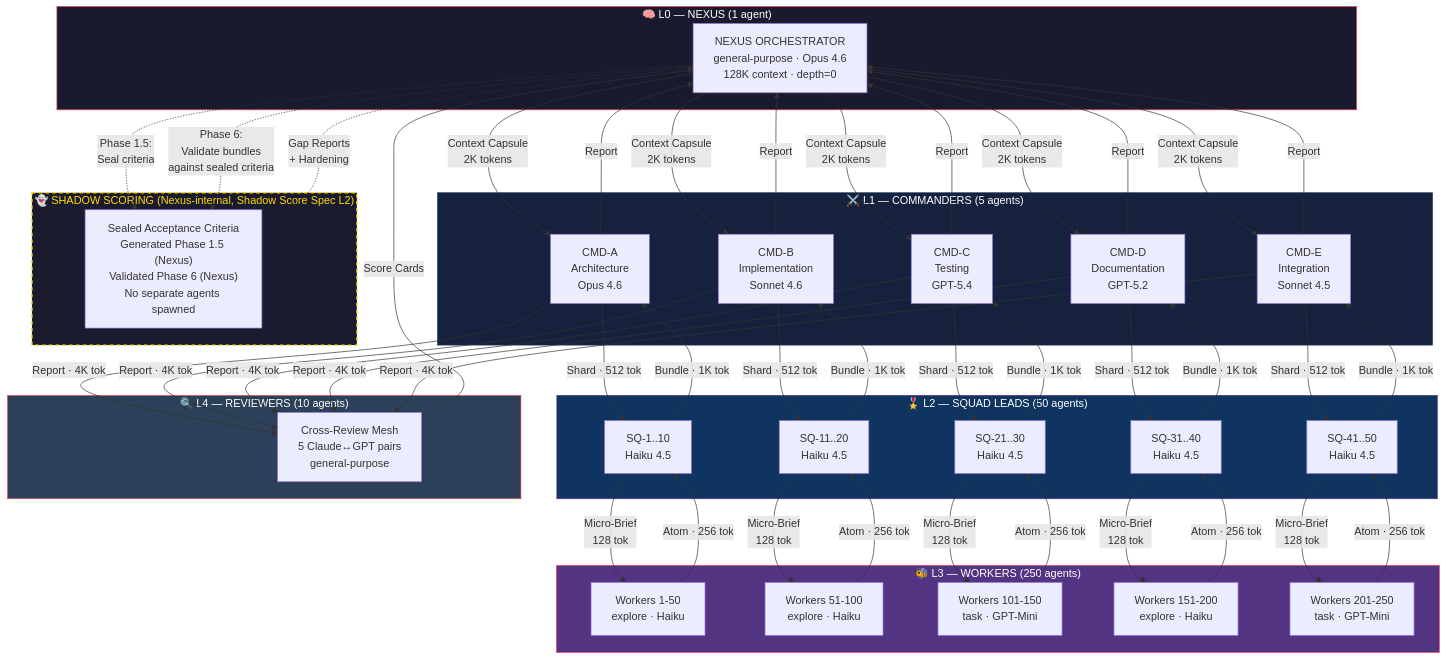
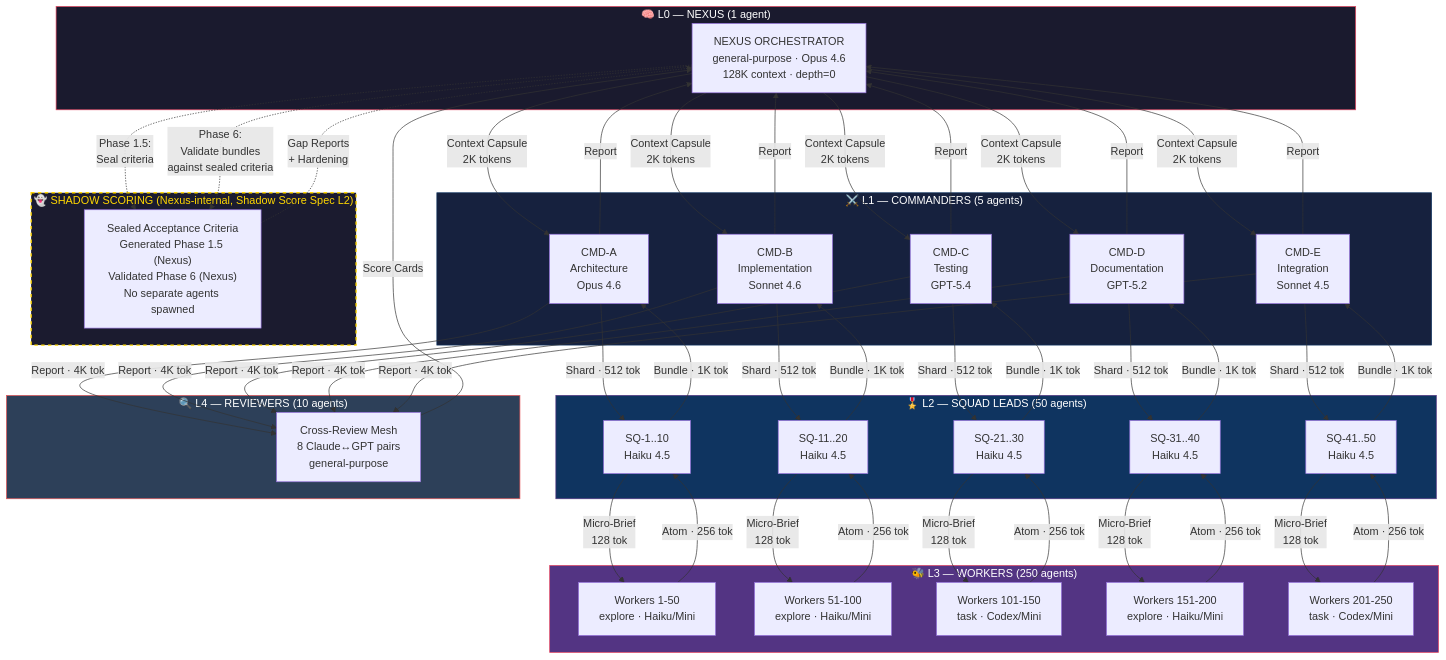
Before and after one commit to DUBSOpenHub/swarm-command: the first of 7 diagrams in docs/architecture-diagrams.md, drawn with Mermaid. The commit also changed 7 other files, not shown here.

```diff
--- a/docs/architecture-diagrams.md
+++ b/docs/architecture-diagrams.md
@@ -25,15 +25,15 @@
     end
 
     subgraph L3["🐝 L3 — WORKERS (250 agents)"]
-        W1["Workers 1-50<br/>explore · Haiku"]
-        W2["Workers 51-100<br/>explore · Haiku"]
-        W3["Workers 101-150<br/>task · GPT-Mini"]
-        W4["Workers 151-200<br/>explore · Haiku"]
-        W5["Workers 201-250<br/>task · GPT-Mini"]
+        W1["Workers 1-50<br/>explore · Haiku/Mini"]
+        W2["Workers 51-100<br/>explore · Haiku/Mini"]
+        W3["Workers 101-150<br/>task · Codex/Mini"]
+        W4["Workers 151-200<br/>explore · Haiku/Mini"]
+        W5["Workers 201-250<br/>task · Codex/Mini"]
     end
 
     subgraph L4["🔍 L4 — REVIEWERS (10 agents)"]
-        REV["Cross-Review Mesh<br/>5 Claude↔GPT pairs<br/>general-purpose"]
+        REV["Cross-Review Mesh<br/>8 Claude↔GPT pairs<br/>general-purpose"]
     end
 
     subgraph SHADOW["👻 SHADOW SCORING (Nexus-internal, Shadow Score Spec L2)"]
```
